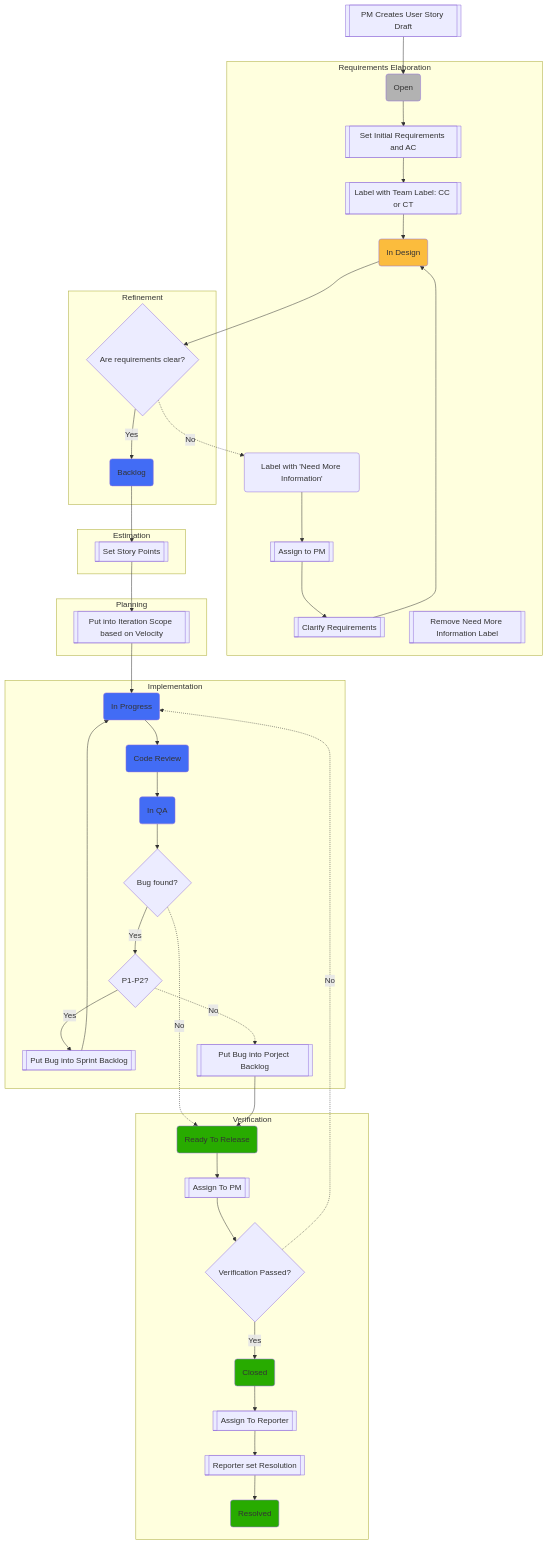
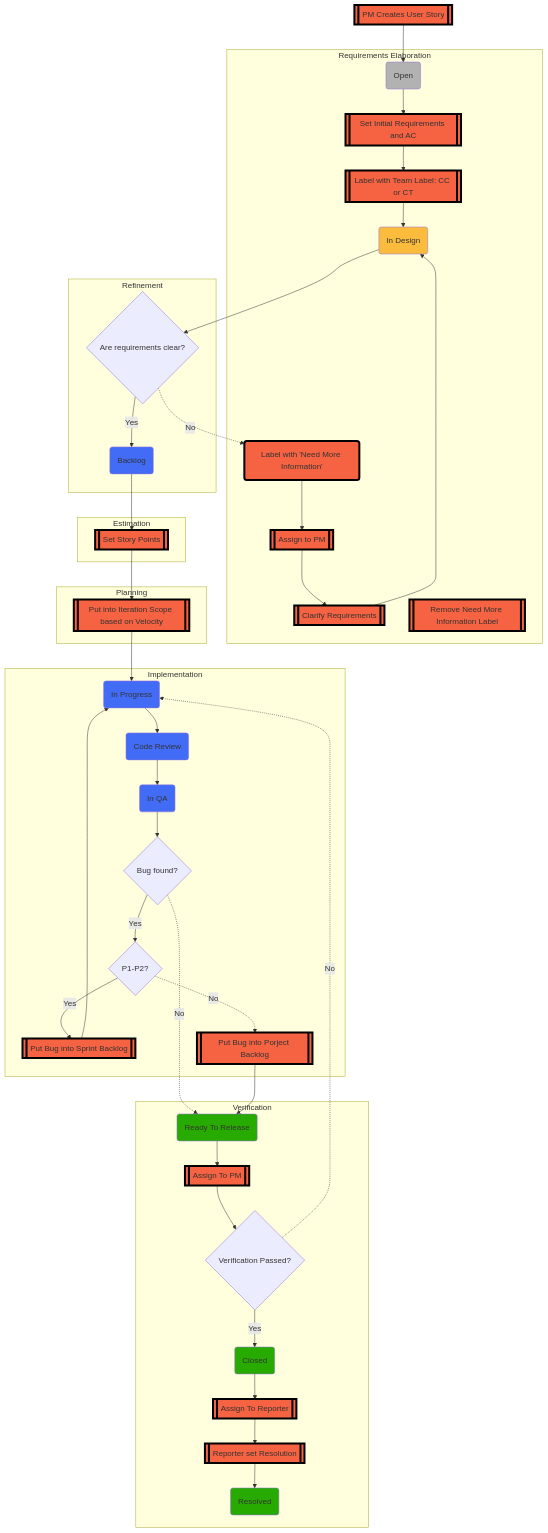
One commit to AntonShakhlovich-GBI/agile-process changed the diagram in agile-flow.markdown. Above: the diagram before and after it, drawn with Mermaid.

Commit message:
fix: action coloring

````diff
--- a/agile-flow.markdown
+++ b/agile-flow.markdown
@@ -6,6 +6,6 @@
 ```mermaid!
 graph TB
-    PM_Creates_Draft[[PM Creates User Story Draft]]
+    PM_Creates_Draft[[PM Creates User Story]]
     PM_Creates_Draft-->Draft
     subgraph "Requirements Elaboration"
       Draft(Open)
@@ -97,7 +97,7 @@
     class Design notReadyStatus
     
     classDef action fill:#f56342, stroke-width: 4px, stroke: black
-    class RemoveLabel,NeedInfo,PM_Creates_Draft,A_Estimate,A_Clarify,A_Assign_PM,A_Set_Reqirements,A_Label,A_Assign_PM_Release,A_Bug_Sprint,A_Bug_Project,A_Plan action,A_Assign_Reporter
+    class RemoveLabel,NeedInfo,PM_Creates_Draft,A_Estimate,A_Clarify,A_Assign_PM,A_Set_Reqirements,A_Label,A_Assign_PM_Release,A_Bug_Sprint,A_Bug_Project,A_Plan,A_Assign_Reporter,A_Reporter_Resolution action
 
     classDef development fill:#426cf5
     class Backlog,InProgress,CodeReview,InQA development
````
